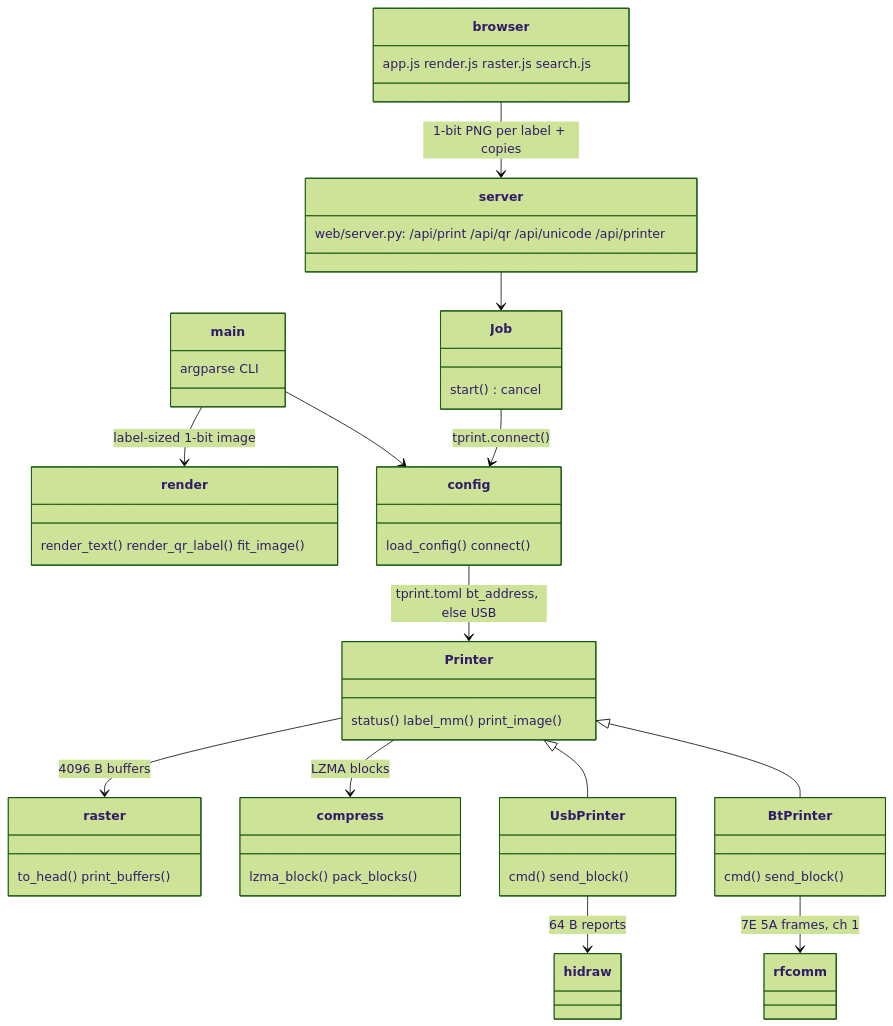
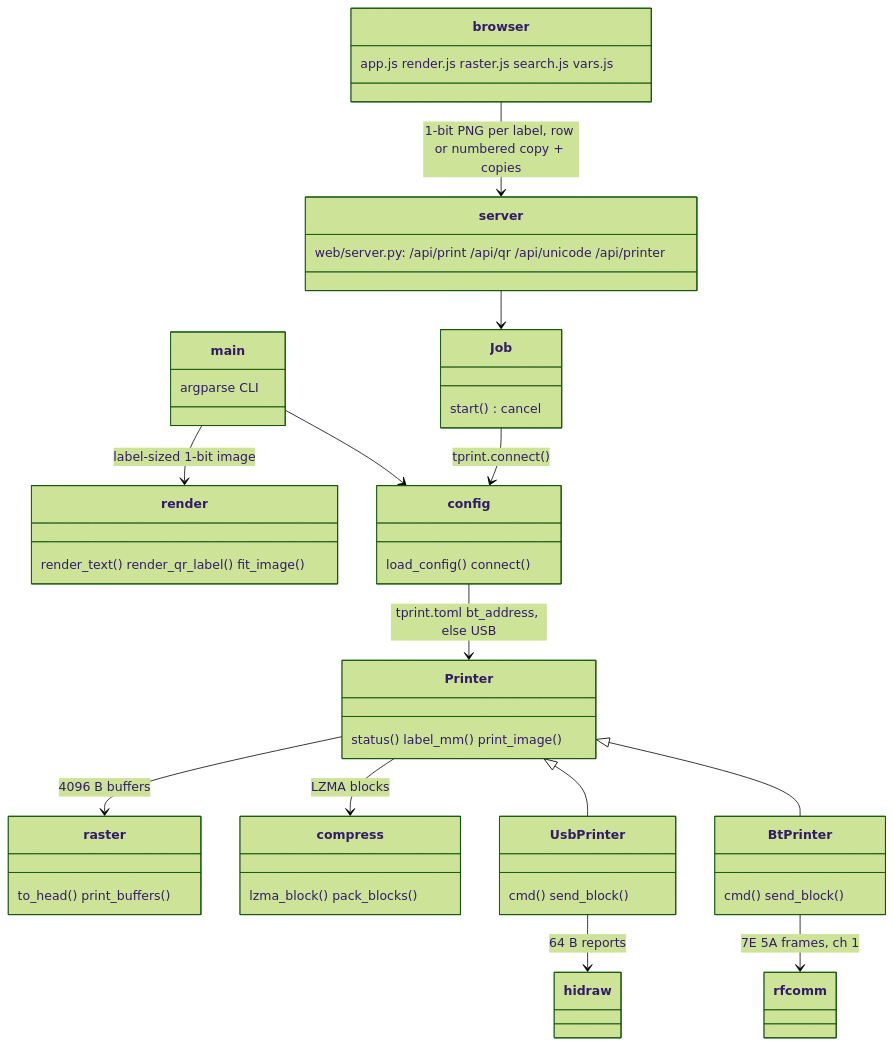
Before and after one commit to tmpk13/thermal-printer-py: the diagram in README.md, drawn with Mermaid (forest theme). The commit also changed other lines of this file and 9 other files, not shown here.

````diff
--- a/README.md
+++ b/README.md
@@ -45,26 +50,26 @@
 ```mermaid
 classDiagram
     class main { argparse CLI }
     class render { render_text() render_qr_label() fit_image() }
     class raster { to_head() print_buffers() }
     class compress { lzma_block() pack_blocks() }
     class Printer { status() label_mm() print_image() }
     class UsbPrinter { cmd() send_block() }
     class BtPrinter { cmd() send_block() }
     class config { load_config() connect() }
     class server { web/server.py: /api/print /api/qr /api/unicode /api/printer }
     class Job { start() cancel }
-    class browser { app.js render.js raster.js search.js }
+    class browser { app.js render.js raster.js search.js vars.js }
     main --> render : label-sized 1-bit image
     main --> config
     config --> Printer : tprint.toml bt_address, else USB
-    browser --> server : 1-bit PNG per label + copies
+    browser --> server : 1-bit PNG per label, row or numbered copy + copies
     server --> Job
     Job --> config : tprint.connect()
     Printer <|-- UsbPrinter
     Printer <|-- BtPrinter
     Printer --> raster : 4096 B buffers
     Printer --> compress : LZMA blocks
     UsbPrinter --> hidraw : 64 B reports
     BtPrinter --> rfcomm : 7E 5A frames, ch 1
 ```
````
